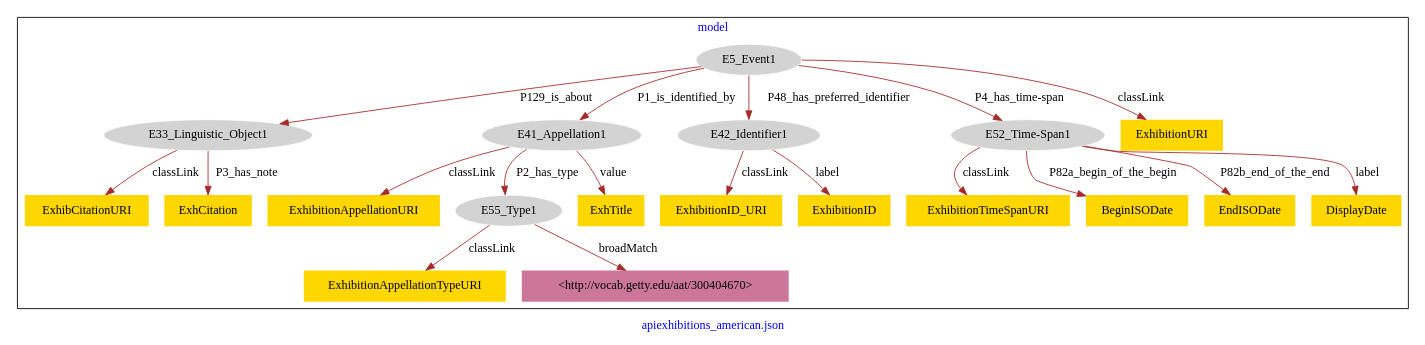
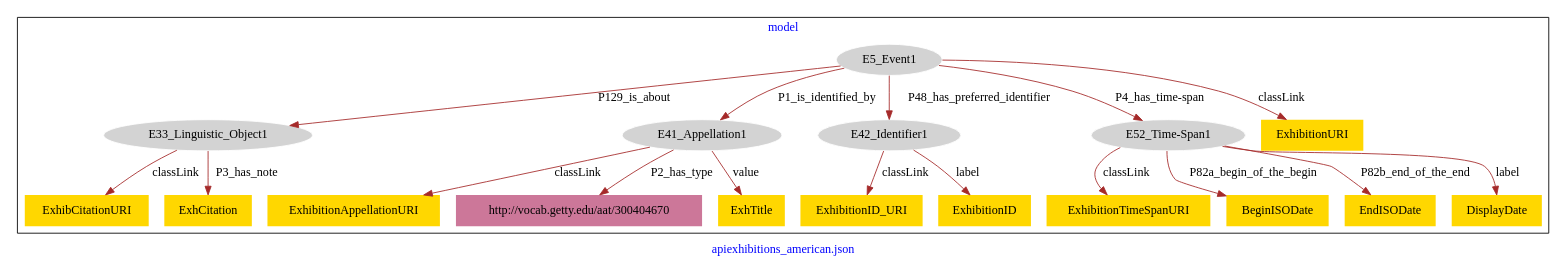
The diagram in apiexhibitions_american/apiexhibitions_american-model.dot (american-art/PUAM), drawn with Graphviz before and after one commit.

Commit message:
Update file apiexhibitions_american-model.dot

```diff
--- a/apiexhibitions_american/apiexhibitions_american-model.dot
+++ b/apiexhibitions_american/apiexhibitions_american-model.dot
@@ -1,45 +1,41 @@
 digraph n0 {
 fontcolor="blue"
 remincross="true"
 label="apiexhibitions_american.json"
 subgraph cluster {
 label="model"
 n2[style="filled",color="white",fillcolor="lightgray",label="E33_Linguistic_Object1"];
 n3[shape="plaintext",style="filled",fillcolor="gold",label="ExhibCitationURI"];
 n4[shape="plaintext",style="filled",fillcolor="gold",label="ExhCitation"];
 n5[style="filled",color="white",fillcolor="lightgray",label="E41_Appellation1"];
 n6[shape="plaintext",style="filled",fillcolor="gold",label="ExhibitionAppellationURI"];
-n7[style="filled",color="white",fillcolor="lightgray",label="E55_Type1"];
+n7[shape="plaintext",style="filled",fillcolor="#CC7799",label="http://vocab.getty.edu/aat/300404670"];
 n8[shape="plaintext",style="filled",fillcolor="gold",label="ExhTitle"];
 n9[style="filled",color="white",fillcolor="lightgray",label="E42_Identifier1"];
 n10[shape="plaintext",style="filled",fillcolor="gold",label="ExhibitionID_URI"];
 n11[shape="plaintext",style="filled",fillcolor="gold",label="ExhibitionID"];
 n12[style="filled",color="white",fillcolor="lightgray",label="E52_Time-Span1"];
 n13[shape="plaintext",style="filled",fillcolor="gold",label="ExhibitionTimeSpanURI"];
 n14[shape="plaintext",style="filled",fillcolor="gold",label="BeginISODate"];
 n15[shape="plaintext",style="filled",fillcolor="gold",label="EndISODate"];
 n16[shape="plaintext",style="filled",fillcolor="gold",label="DisplayDate"];
-n17[shape="plaintext",style="filled",fillcolor="gold",label="ExhibitionAppellationTypeURI"];
-n18[shape="plaintext",style="filled",fillcolor="#CC7799",label="<http://vocab.getty.edu/aat/300404670>"];
-n19[style="filled",color="white",fillcolor="lightgray",label="E5_Event1"];
-n20[shape="plaintext",style="filled",fillcolor="gold",label="ExhibitionURI"];
+n17[style="filled",color="white",fillcolor="lightgray",label="E5_Event1"];
+n18[shape="plaintext",style="filled",fillcolor="gold",label="ExhibitionURI"];
 }
 n2 -> n3[color="brown",fontcolor="black",label="classLink"]
 n2 -> n4[color="brown",fontcolor="black",label="P3_has_note"]
 n5 -> n6[color="brown",fontcolor="black",label="classLink"]
 n5 -> n7[color="brown",fontcolor="black",label="P2_has_type"]
 n5 -> n8[color="brown",fontcolor="black",label="value"]
 n9 -> n10[color="brown",fontcolor="black",label="classLink"]
 n9 -> n11[color="brown",fontcolor="black",label="label"]
 n12 -> n13[color="brown",fontcolor="black",label="classLink"]
 n12 -> n14[color="brown",fontcolor="black",label="P82a_begin_of_the_begin"]
 n12 -> n15[color="brown",fontcolor="black",label="P82b_end_of_the_end"]
 n12 -> n16[color="brown",fontcolor="black",label="label"]
-n7 -> n17[color="brown",fontcolor="black",label="classLink"]
-n7 -> n18[color="brown",fontcolor="black",label="broadMatch"]
-n19 -> n20[color="brown",fontcolor="black",label="classLink"]
-n19 -> n2[color="brown",fontcolor="black",label="P129_is_about"]
-n19 -> n5[color="brown",fontcolor="black",label="P1_is_identified_by"]
-n19 -> n9[color="brown",fontcolor="black",label="P48_has_preferred_identifier"]
-n19 -> n12[color="brown",fontcolor="black",label="P4_has_time-span"]
+n17 -> n18[color="brown",fontcolor="black",label="classLink"]
+n17 -> n2[color="brown",fontcolor="black",label="P129_is_about"]
+n17 -> n5[color="brown",fontcolor="black",label="P1_is_identified_by"]
+n17 -> n9[color="brown",fontcolor="black",label="P48_has_preferred_identifier"]
+n17 -> n12[color="brown",fontcolor="black",label="P4_has_time-span"]
 }
```
